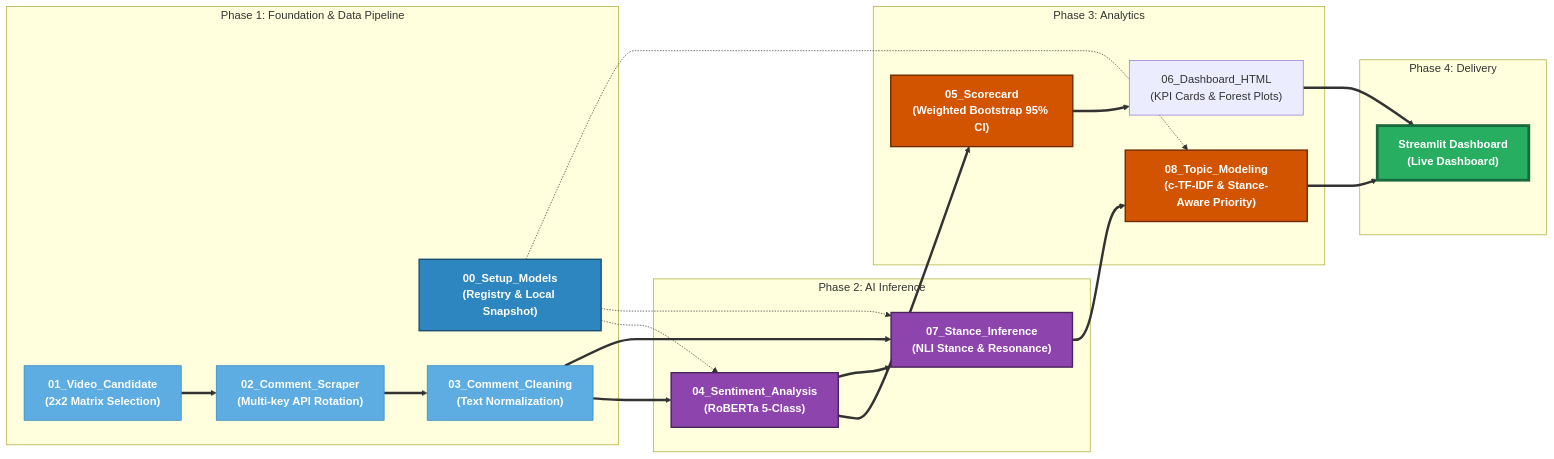
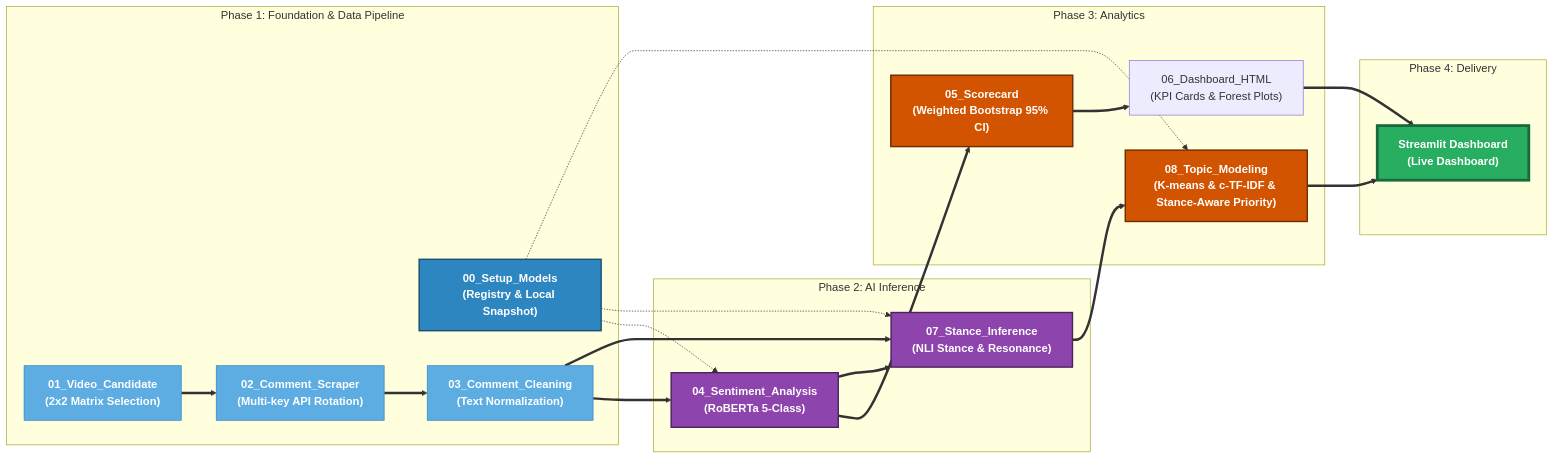
One commit to MangoSh0o-0719/brand-crisis-attribution-engine changed the diagram in readme.md. Above: the diagram before and after it, drawn with Mermaid.

````diff
--- a/readme.md
+++ b/readme.md
@@ -9,47 +9,47 @@
 ```mermaid
 graph LR
     %% 全局样式定义：高对比度白色文字
     classDef infra fill:#2E86C1,stroke:#1B4F72,stroke-width:2px,color:#fff,font-weight:bold;
     classDef eng fill:#5DADE2,stroke:#2E86C1,stroke-width:1px,color:#fff,font-weight:bold;
     classDef ai fill:#8E44AD,stroke:#4A235A,stroke-width:2px,color:#fff,font-weight:bold;
     classDef stat fill:#D35400,stroke:#6E2C00,stroke-width:2px,color:#fff,font-weight:bold;
     classDef app fill:#27AE60,stroke:#186A3B,stroke-width:4px,color:#fff,font-weight:bold;
 
     subgraph P1 ["Phase 1: Foundation & Data Pipeline"]
         00["00_Setup_Models<br/>(Registry & Local Snapshot)"]
         01["01_Video_Candidate<br/>(2x2 Matrix Selection)"]
         02["02_Comment_Scraper<br/>(Multi-key API Rotation)"]
         03["03_Comment_Cleaning<br/>(Text Normalization)"]
     end
 
     subgraph P2 ["Phase 2: AI Inference"]
         04["04_Sentiment_Analysis<br/>(RoBERTa 5-Class)"]
         07["07_Stance_Inference<br/>(NLI Stance & Resonance)"]
     end
 
     subgraph P3 ["Phase 3: Analytics"]
         05["05_Scorecard<br/>(Weighted Bootstrap 95% CI)"]
-        08["08_Topic_Modeling<br/>(c-TF-IDF & Stance-Aware Priority)"]
+        08["08_Topic_Modeling<br/>(K-means & c-TF-IDF & Stance-Aware Priority)"]
         06["06_Dashboard_HTML<br/>(KPI Cards & Forest Plots)"]
     end
 
     subgraph P4 ["Phase 4: Delivery"]
         App["Streamlit Dashboard<br/>(Live Dashboard)"]
     end
 
     %% 核心数据流
     01 ==> 02 ==> 03 ==> 04 ==> 05 ==> 06 ==> App
     03 ==> 07
     04 ==> 07 ==> 08 ==> App
     00 -.-> 04
     00 -.-> 07
     00 -.-> 08
 
     %% 应用样式
     class 00 infra;
     class 01,02,03 eng;
     class 04,07 ai;
     class 05,08 stat;
     class 06 deliver;
     class App app;
 ```
````
